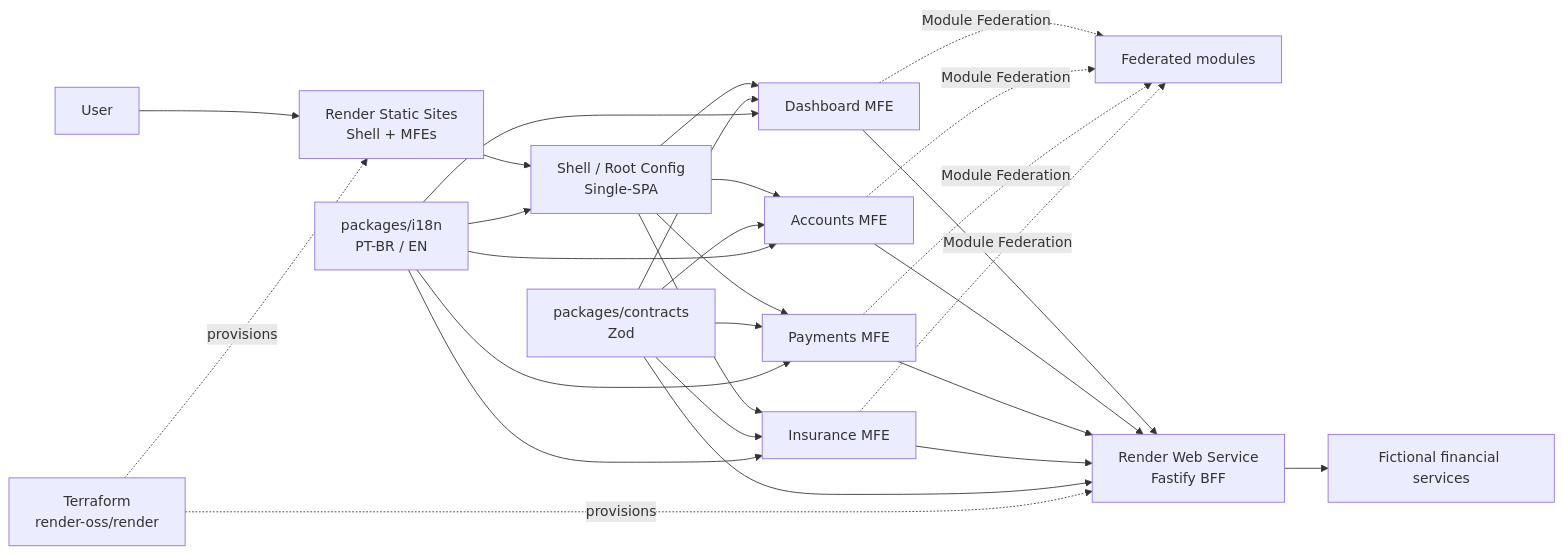
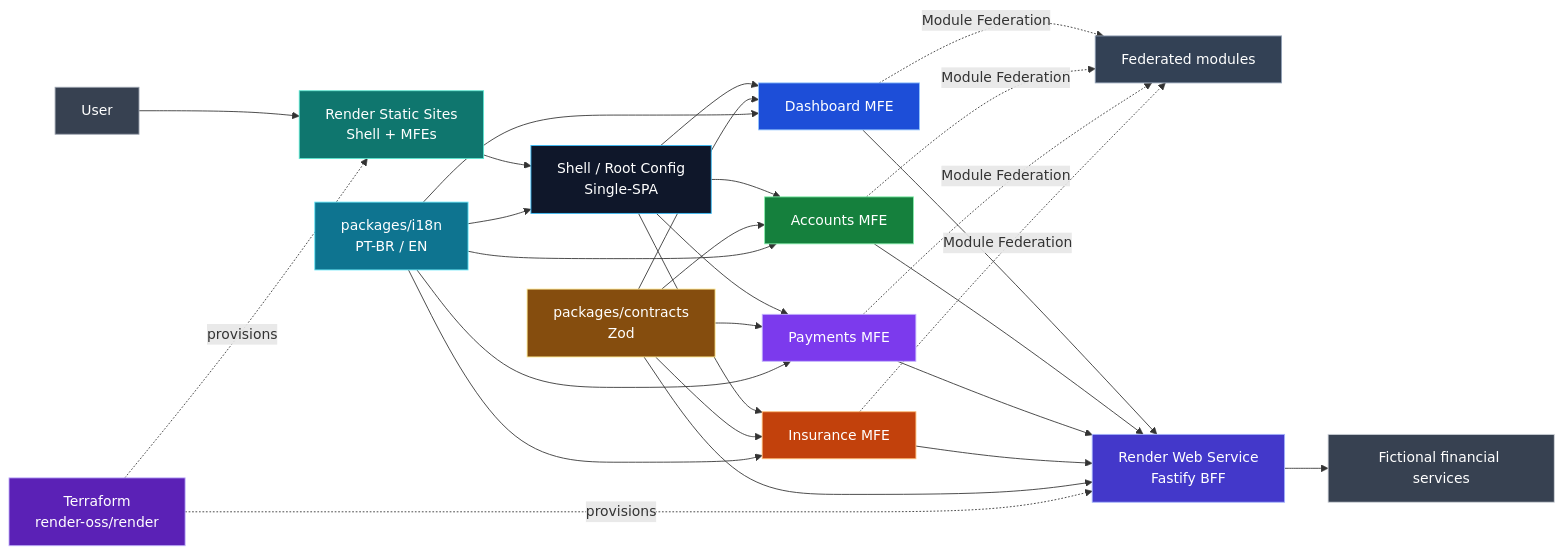
The first of 2 diagrams in README.en.md (Joseafs/financial-mfe-hub), drawn with Mermaid before and after one commit. The commit also changed other lines of this file, not shown here.

Commit message:
feat: FMH-001 - sincroniza architecture validation no README inglês

````diff
--- a/README.en.md
+++ b/README.en.md
@@ -31,37 +33,65 @@
 ```mermaid
 flowchart LR
   User["User"] --> Static["Render Static Sites\nShell + MFEs"]
   Static --> Shell["Shell / Root Config\nSingle-SPA"]
 
   Shell --> Dashboard["Dashboard MFE"]
   Shell --> Accounts["Accounts MFE"]
   Shell --> Payments["Payments MFE"]
   Shell --> Insurance["Insurance MFE"]
 
   Dashboard -. "Module Federation" .-> Shared["Federated modules"]
   Accounts -. "Module Federation" .-> Shared
   Payments -. "Module Federation" .-> Shared
   Insurance -. "Module Federation" .-> Shared
 
   Dashboard --> BFF["Render Web Service\nFastify BFF"]
   Accounts --> BFF
   Payments --> BFF
   Insurance --> BFF
 
   BFF --> Services["Fictional financial services"]
 
   Contracts["packages/contracts\nZod"] --> Dashboard
   Contracts --> Accounts
   Contracts --> Payments
   Contracts --> Insurance
   Contracts --> BFF
 
   I18n["packages/i18n\nPT-BR / EN"] --> Shell
   I18n --> Dashboard
   I18n --> Accounts
   I18n --> Payments
   I18n --> Insurance
 
   Terraform["Terraform\nrender-oss/render"] -. "provisions" .-> Static
   Terraform -. "provisions" .-> BFF
+
+  classDef user fill:#374151,stroke:#9CA3AF,color:#FFFFFF;
+  classDef render fill:#0F766E,stroke:#5EEAD4,color:#FFFFFF;
+  classDef shell fill:#0F172A,stroke:#38BDF8,color:#FFFFFF;
+  classDef dashboard fill:#1D4ED8,stroke:#93C5FD,color:#FFFFFF;
+  classDef accounts fill:#15803D,stroke:#86EFAC,color:#FFFFFF;
+  classDef payments fill:#7C3AED,stroke:#C4B5FD,color:#FFFFFF;
+  classDef insurance fill:#C2410C,stroke:#FDBA74,color:#FFFFFF;
+  classDef shared fill:#334155,stroke:#94A3B8,color:#FFFFFF;
+  classDef contracts fill:#854D0E,stroke:#FDE68A,color:#FFFFFF;
+  classDef i18n fill:#0E7490,stroke:#67E8F9,color:#FFFFFF;
+  classDef bff fill:#4338CA,stroke:#A5B4FC,color:#FFFFFF;
+  classDef services fill:#374151,stroke:#D1D5DB,color:#FFFFFF;
+  classDef terraform fill:#5B21B6,stroke:#C4B5FD,color:#FFFFFF;
+
+  class User user;
+  class Static render;
+  class Shell shell;
+  class Dashboard dashboard;
+  class Accounts accounts;
+  class Payments payments;
+  class Insurance insurance;
+  class Shared shared;
+  class Contracts contracts;
+  class I18n i18n;
+  class BFF bff;
+  class Services services;
+  class Terraform terraform;
 ```
````
